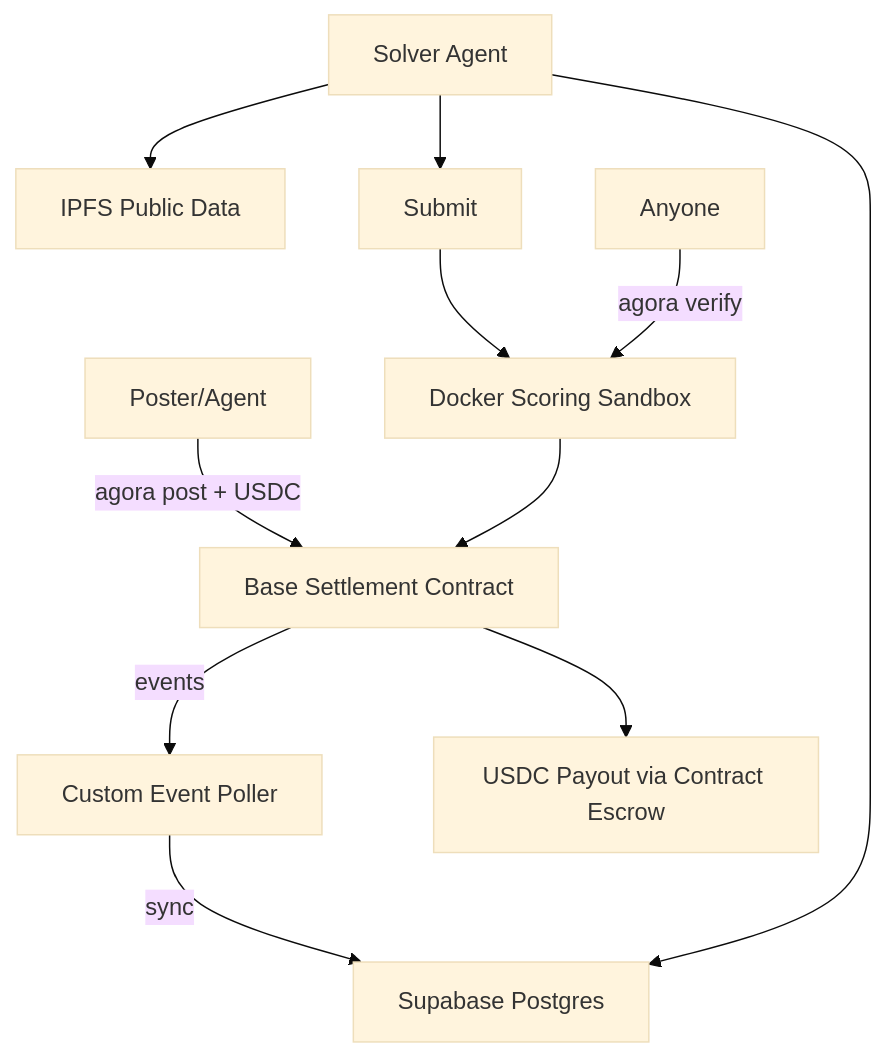
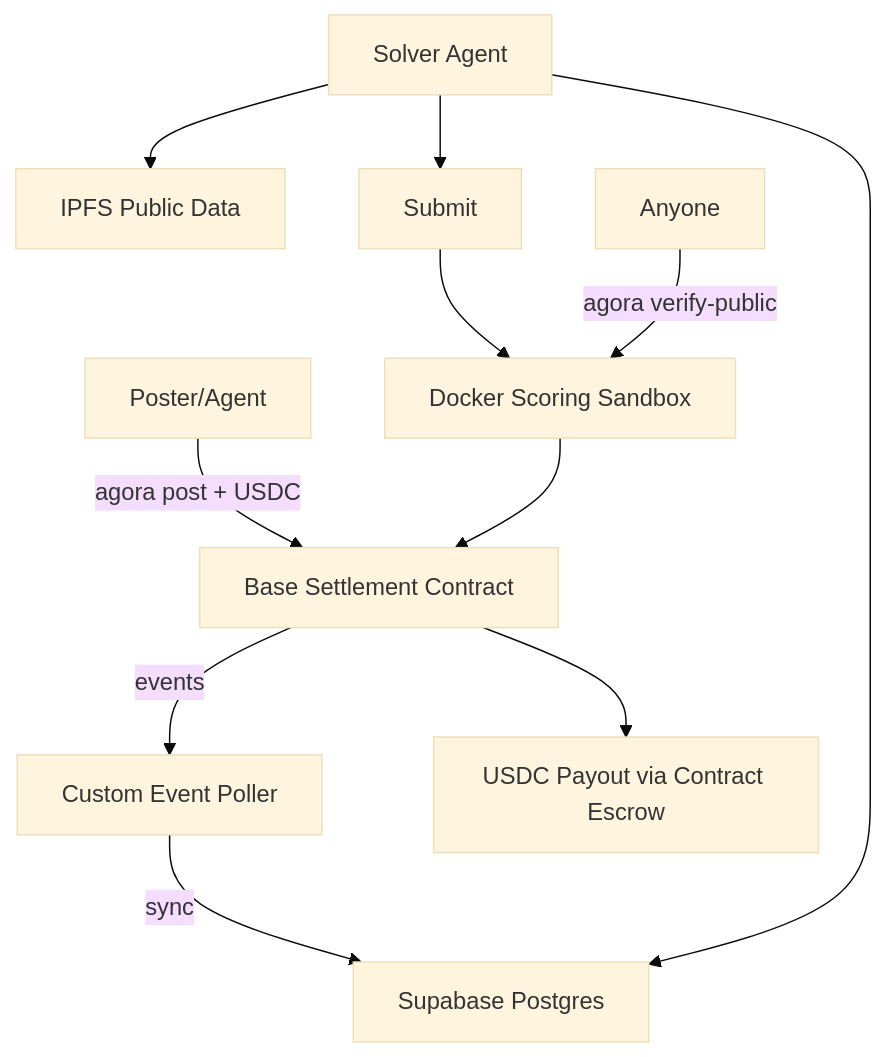
Before and after one commit to andymolecule/Hermes: the first of 2 diagrams in docs/spec.md, drawn with Mermaid (base theme). The commit also changed other lines of this file and 9 other files, not shown here.

Commit message:
docs: clarify preview and official scoring flows

````diff
--- a/docs/spec.md
+++ b/docs/spec.md
@@ -45,13 +45,13 @@
 ```mermaid
 flowchart TD
     A[Poster/Agent] -->|agora post + USDC| B[Base Settlement Contract]
     B -->|events| P[Custom Event Poller]
     P -->|sync| C[Supabase Postgres]
     D[Solver Agent] --> C
     D --> E[IPFS Public Data]
     D --> F[Submit]
     F --> G[Docker Scoring Sandbox]
     G --> B
-    H[Anyone] -->|agora verify| G
+    H[Anyone] -->|agora verify-public| G
     B --> I[USDC Payout via Contract Escrow]
 ```
````
